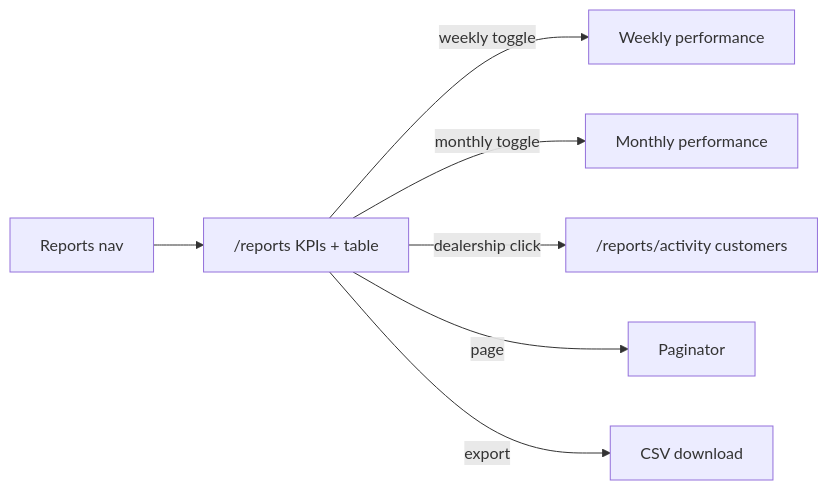
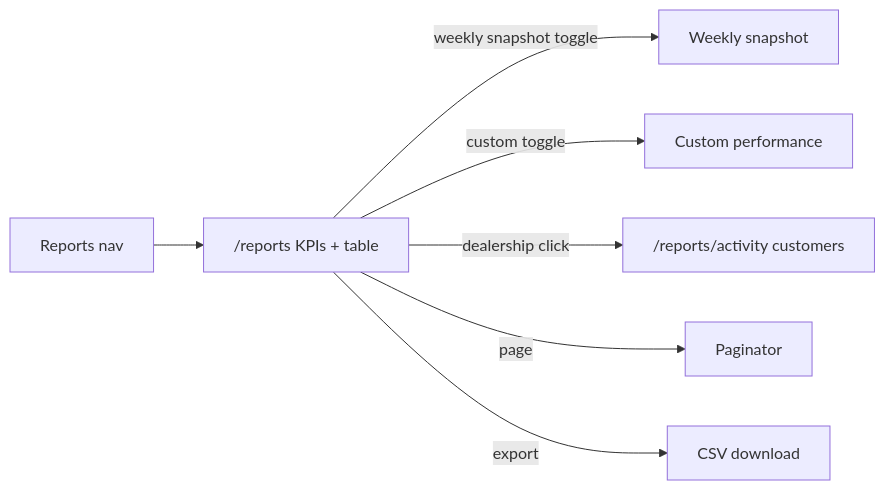
Before and after one commit to mayankikon/retention-os: the diagram in docs/flows/reports.md, drawn with Mermaid. The commit also changed other lines of this file and 8 other files, not shown here.

First line of the commit message:
Rename Reports modes to Weekly Snapshot and Custom.

````diff
--- a/docs/flows/reports.md
+++ b/docs/flows/reports.md
@@ -5,9 +5,9 @@
 ```mermaid
 flowchart LR
   Nav[Reports nav] --> Home["/reports KPIs + table"]
-  Home -->|weekly toggle| Weekly[Weekly performance]
-  Home -->|monthly toggle| Monthly[Monthly performance]
+  Home -->|weekly snapshot toggle| Weekly[Weekly snapshot]
+  Home -->|custom toggle| Custom[Custom performance]
   Home -->|dealership click| Activity["/reports/activity customers"]
   Home -->|page| Pager[Paginator]
   Home -->|export| Csv[CSV download]
 ```
````
